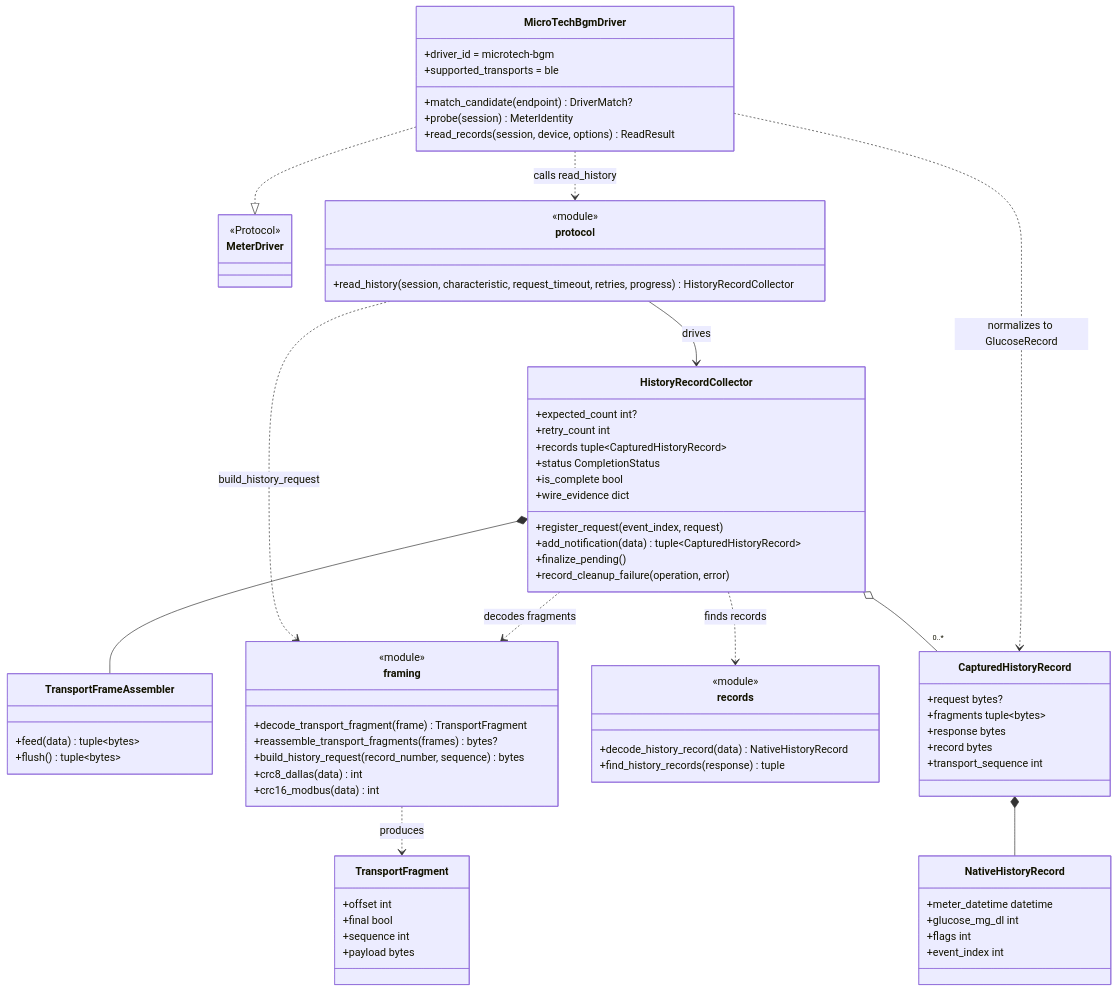
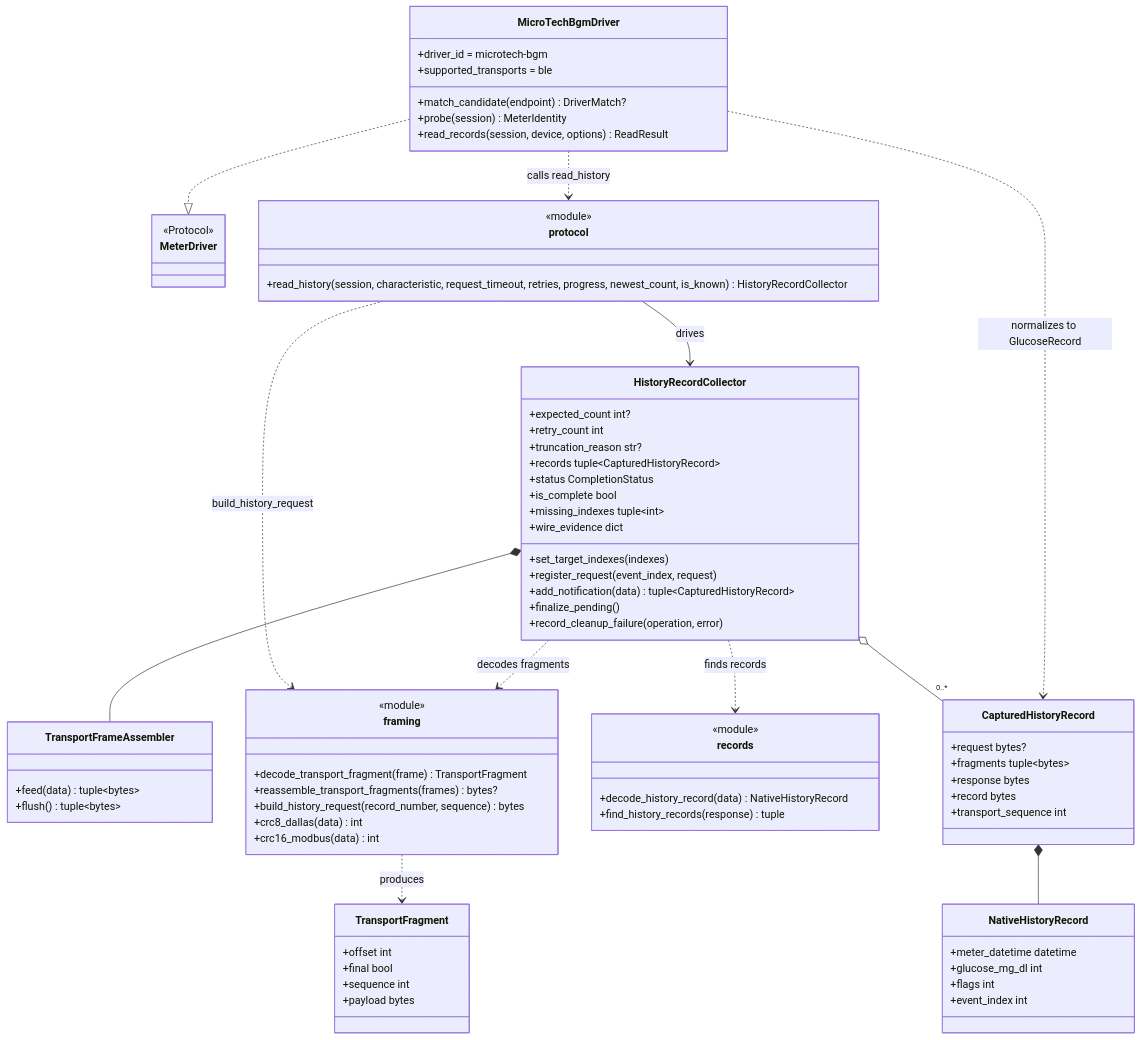
One commit to kiforsbe/bgmeter changed the sixth of 14 diagrams in ARCHITECTURE.md. Above: the diagram before and after it, drawn with Mermaid. The commit also changed other lines of this file and 2 other files, not shown here.

Commit message:
docs: describe --newest, --new-only, and the truncated status

````diff
--- a/ARCHITECTURE.md
+++ b/ARCHITECTURE.md
@@ -569,79 +577,82 @@
 ```mermaid
 classDiagram
     direction TB
 
     class MeterDriver {
         <<Protocol>>
     }
     class MicroTechBgmDriver {
         +driver_id = microtech-bgm
         +supported_transports = ble
         +match_candidate(endpoint) DriverMatch?
         +probe(session) MeterIdentity
         +read_records(session, device, options) ReadResult
     }
     class protocol {
         <<module>>
-        +read_history(session, characteristic, request_timeout, retries, progress) HistoryRecordCollector
+        +read_history(session, characteristic, request_timeout, retries, progress, newest_count, is_known) HistoryRecordCollector
     }
     class HistoryRecordCollector {
         +expected_count int?
         +retry_count int
+        +truncation_reason str?
         +records tuple~CapturedHistoryRecord~
         +status CompletionStatus
         +is_complete bool
+        +missing_indexes tuple~int~
+        +set_target_indexes(indexes)
         +register_request(event_index, request)
         +add_notification(data) tuple~CapturedHistoryRecord~
         +finalize_pending()
         +record_cleanup_failure(operation, error)
         +wire_evidence dict
     }
     class TransportFrameAssembler {
         +feed(data) tuple~bytes~
         +flush() tuple~bytes~
     }
     class framing {
         <<module>>
         +decode_transport_fragment(frame) TransportFragment
         +reassemble_transport_fragments(frames) bytes?
         +build_history_request(record_number, sequence) bytes
         +crc8_dallas(data) int
         +crc16_modbus(data) int
     }
     class TransportFragment {
         +offset int
         +final bool
         +sequence int
         +payload bytes
     }
     class records {
         <<module>>
         +decode_history_record(data) NativeHistoryRecord
         +find_history_records(response) tuple
     }
     class NativeHistoryRecord {
         +meter_datetime datetime
         +glucose_mg_dl int
         +flags int
         +event_index int
     }
     class CapturedHistoryRecord {
         +request bytes?
         +fragments tuple~bytes~
         +response bytes
         +record bytes
         +transport_sequence int
     }
 
     MicroTechBgmDriver ..|> MeterDriver
     MicroTechBgmDriver ..> protocol : calls read_history
     protocol --> HistoryRecordCollector : drives
     protocol ..> framing : build_history_request
     HistoryRecordCollector *-- TransportFrameAssembler
     HistoryRecordCollector ..> framing : decodes fragments
     HistoryRecordCollector ..> records : finds records
     HistoryRecordCollector o-- "0..*" CapturedHistoryRecord
     CapturedHistoryRecord *-- NativeHistoryRecord
     framing ..> TransportFragment : produces
     MicroTechBgmDriver ..> CapturedHistoryRecord : normalizes to GlucoseRecord
 ```
````
